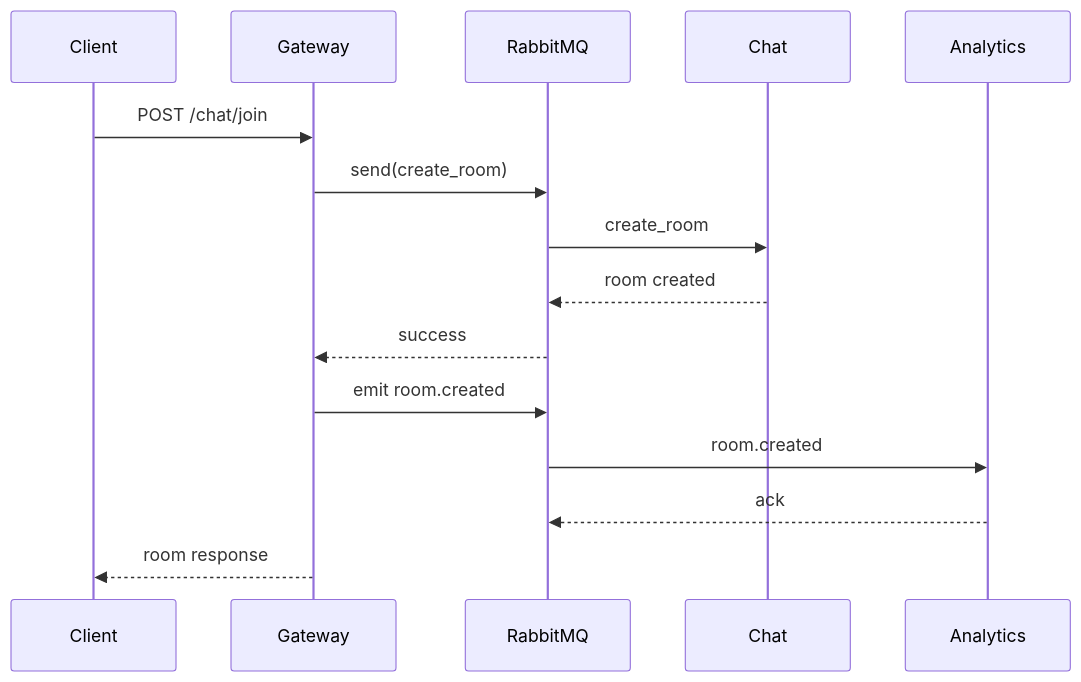
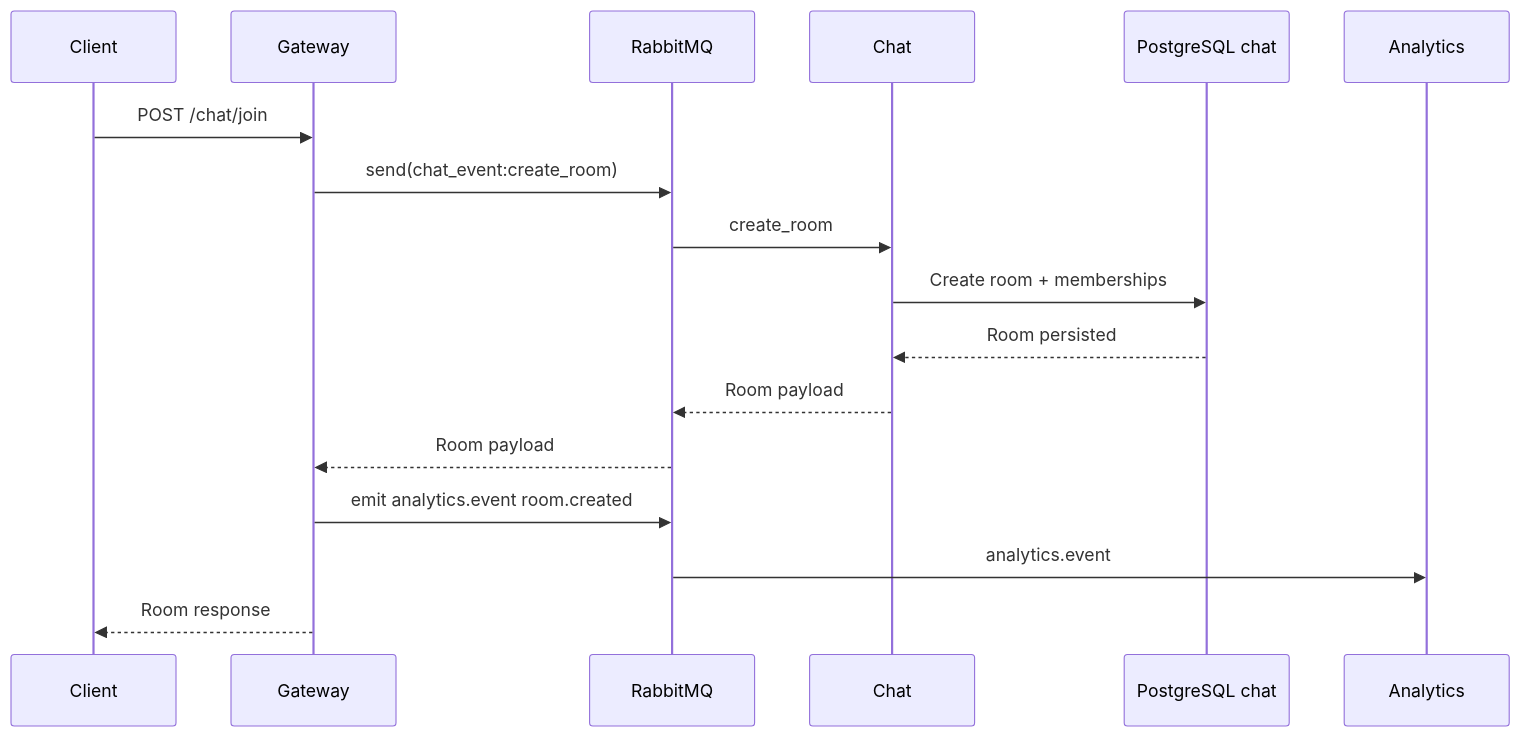
Before and after one commit to eamtcPROG/DASI: the fifth of 7 diagrams in docs/architecture.md, drawn with Mermaid. The commit also changed other lines of this file and 1 other file, not shown here.

Commit message:
docs: refresh architecture and project presentation

````diff
--- a/docs/architecture.md
+++ b/docs/architecture.md
@@ -154,18 +356,20 @@
 ```mermaid
 sequenceDiagram
     participant C as Client
     participant G as Gateway
     participant R as RabbitMQ
     participant Ch as Chat
+    participant P as PostgreSQL chat
     participant A as Analytics
 
     C->>G: POST /chat/join
-    G->>R: send(create_room)
+    G->>R: send(chat_event:create_room)
     R->>Ch: create_room
-    Ch-->>R: room created
-    R-->>G: success
-    G->>R: emit room.created
-    R->>A: room.created
-    A-->>R: ack
-    G-->>C: room response
+    Ch->>P: Create room + memberships
+    P-->>Ch: Room persisted
+    Ch-->>R: Room payload
+    R-->>G: Room payload
+    G->>R: emit analytics.event room.created
+    R->>A: analytics.event
+    G-->>C: Room response
 ```
````
